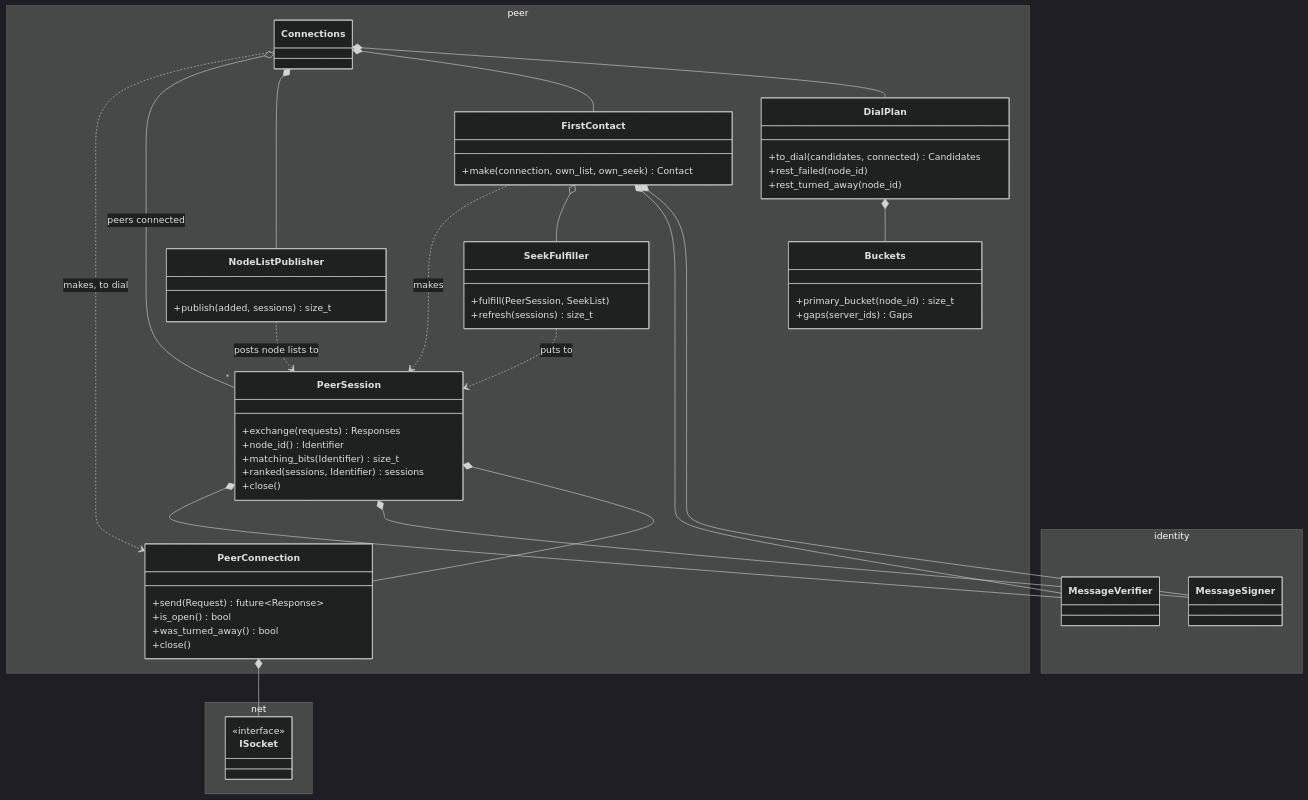
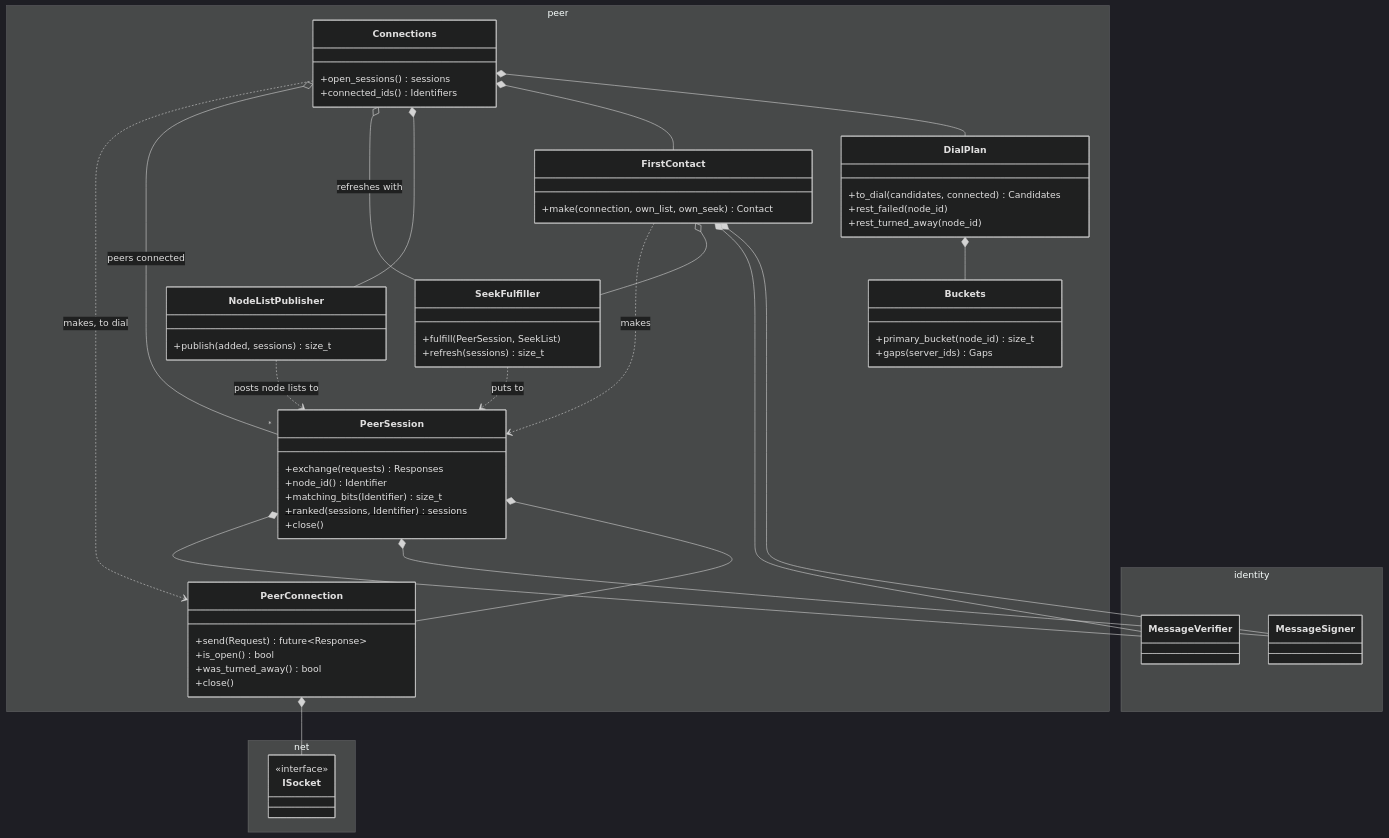
Before and after one commit to marcpage/libranet: the eighth of 17 diagrams in cpp/docs/Overview.md, drawn with Mermaid (dark theme). The commit also changed other lines of this file and 2 other files, not shown here.

````diff
--- a/cpp/docs/Overview.md
+++ b/cpp/docs/Overview.md
@@ -718,65 +766,69 @@
 ```mermaid
 classDiagram
     direction TB
     namespace peer {
-        class Connections
+        class Connections {
+            +open_sessions() sessions
+            +connected_ids() Identifiers
+        }
         class DialPlan {
             +to_dial(candidates, connected) Candidates
             +rest_failed(node_id)
             +rest_turned_away(node_id)
         }
         class Buckets {
             +primary_bucket(node_id) size_t
             +gaps(server_ids) Gaps
         }
         class FirstContact {
             +make(connection, own_list, own_seek) Contact
         }
         class NodeListPublisher {
             +publish(added, sessions) size_t
         }
         class SeekFulfiller {
             +fulfill(PeerSession, SeekList)
             +refresh(sessions) size_t
         }
         class PeerSession {
             +exchange(requests) Responses
             +node_id() Identifier
             +matching_bits(Identifier) size_t
             +ranked(sessions, Identifier)$ sessions
             +close()
         }
         class PeerConnection {
             +send(Request) future~Response~
             +is_open() bool
             +was_turned_away() bool
             +close()
         }
     }
     namespace identity {
         class MessageSigner
         class MessageVerifier
     }
     namespace net {
         class ISocket {
             <<interface>>
         }
     }
 
     Connections *-- DialPlan
     Connections *-- FirstContact
     Connections *-- NodeListPublisher
+    Connections o-- SeekFulfiller : refreshes with
     Connections o-- "*" PeerSession : peers connected
     Connections ..> PeerConnection : makes, to dial
     DialPlan *-- Buckets
     FirstContact *-- MessageSigner
     FirstContact *-- MessageVerifier
     FirstContact o-- SeekFulfiller
     FirstContact ..> PeerSession : makes
     NodeListPublisher ..> PeerSession : posts node lists to
     SeekFulfiller ..> PeerSession : puts to
     PeerSession *-- PeerConnection
     PeerSession *-- MessageSigner
     PeerSession *-- MessageVerifier
     PeerConnection *-- ISocket
 ```
````
